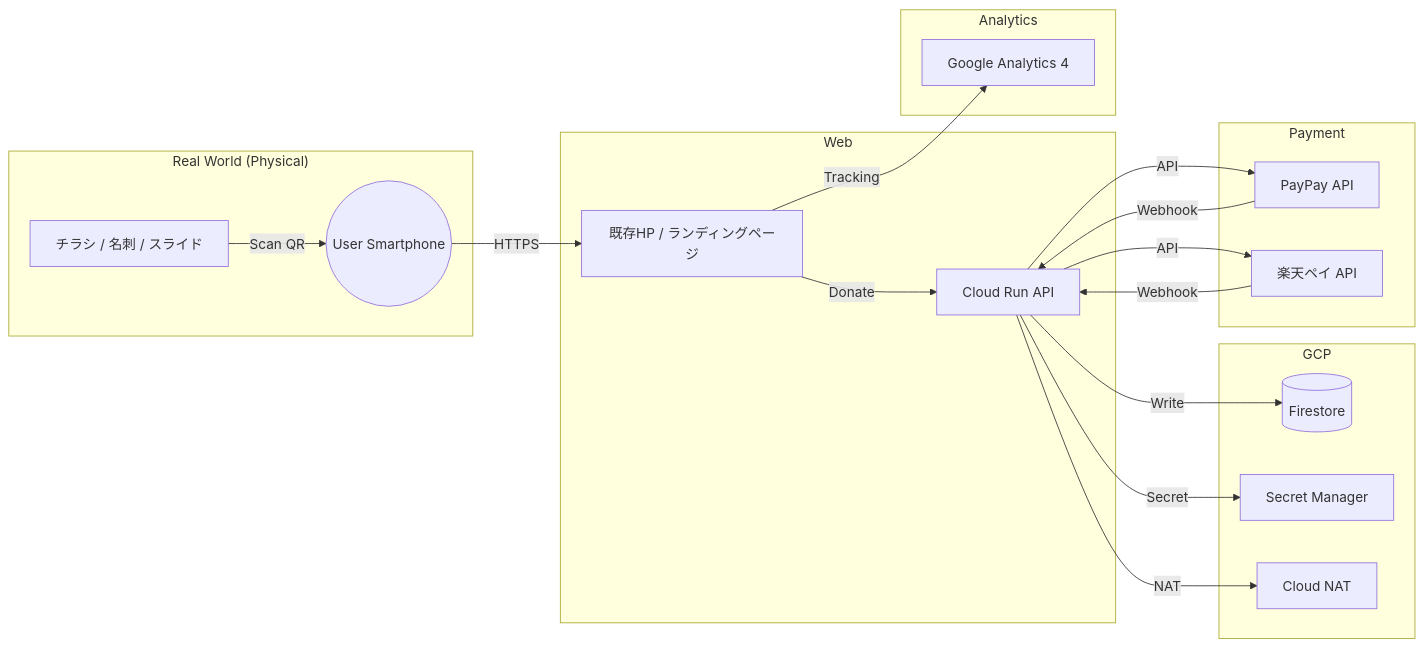
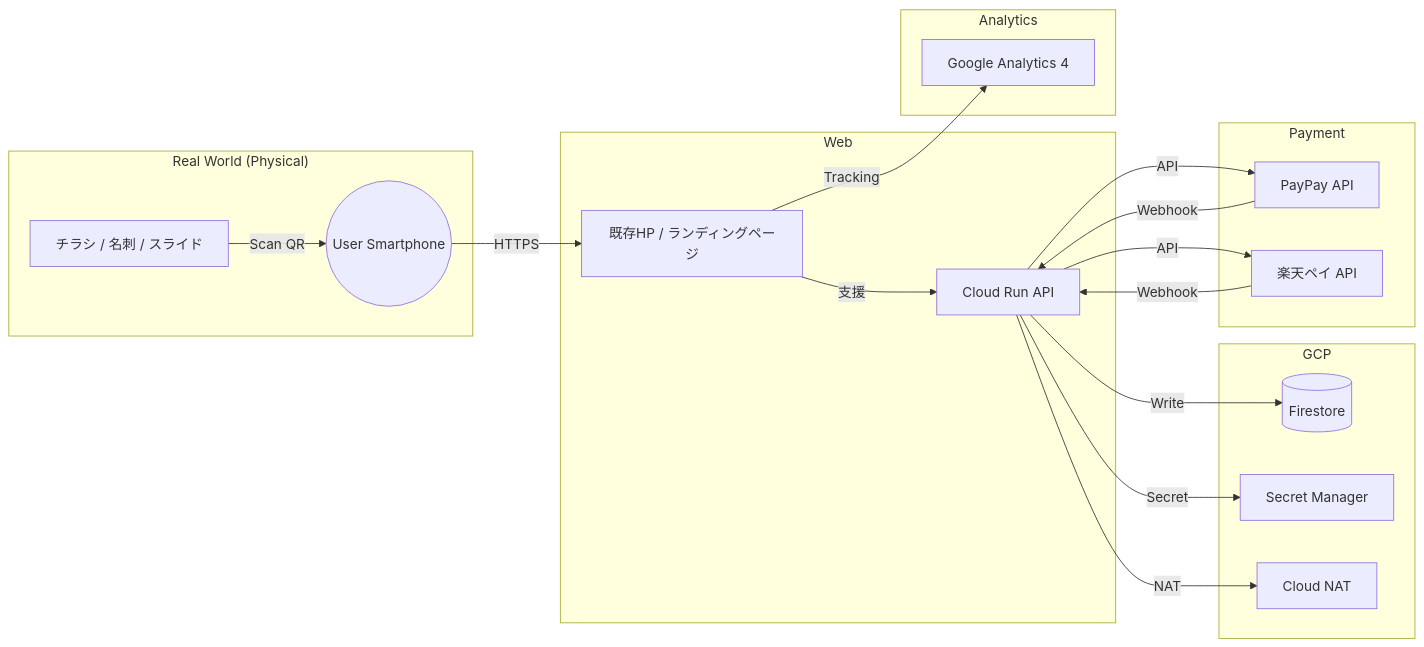
Before and after one commit to yasushi-honda-prog/tadakayo-qr-charity-connect: the diagram in docs/architecture.md, drawn with Mermaid. The commit also changed other lines of this file and 4 other files, not shown here.

````diff
--- a/docs/architecture.md
+++ b/docs/architecture.md
@@ -6,28 +10,28 @@
 ```mermaid
 graph LR
     subgraph "Real World (Physical)"
         A[チラシ / 名刺 / スライド] -- Scan QR --> B((User Smartphone))
     end
 
     subgraph "Web"
         B -- HTTPS --> C[既存HP / ランディングページ]
-        C -- Donate --> D[Cloud Run API]
+        C -- 支援 --> D[Cloud Run API]
     end
 
     subgraph "GCP"
         D -- Write --> E[(Firestore)]
         D -- Secret --> F[Secret Manager]
         D -- NAT --> G[Cloud NAT]
     end
 
     subgraph "Payment"
         D -- API --> H[PayPay API]
         D -- API --> I[楽天ペイ API]
         H -- Webhook --> D
         I -- Webhook --> D
     end
 
     subgraph "Analytics"
         C -- Tracking --> J[Google Analytics 4]
     end
 ```
````
